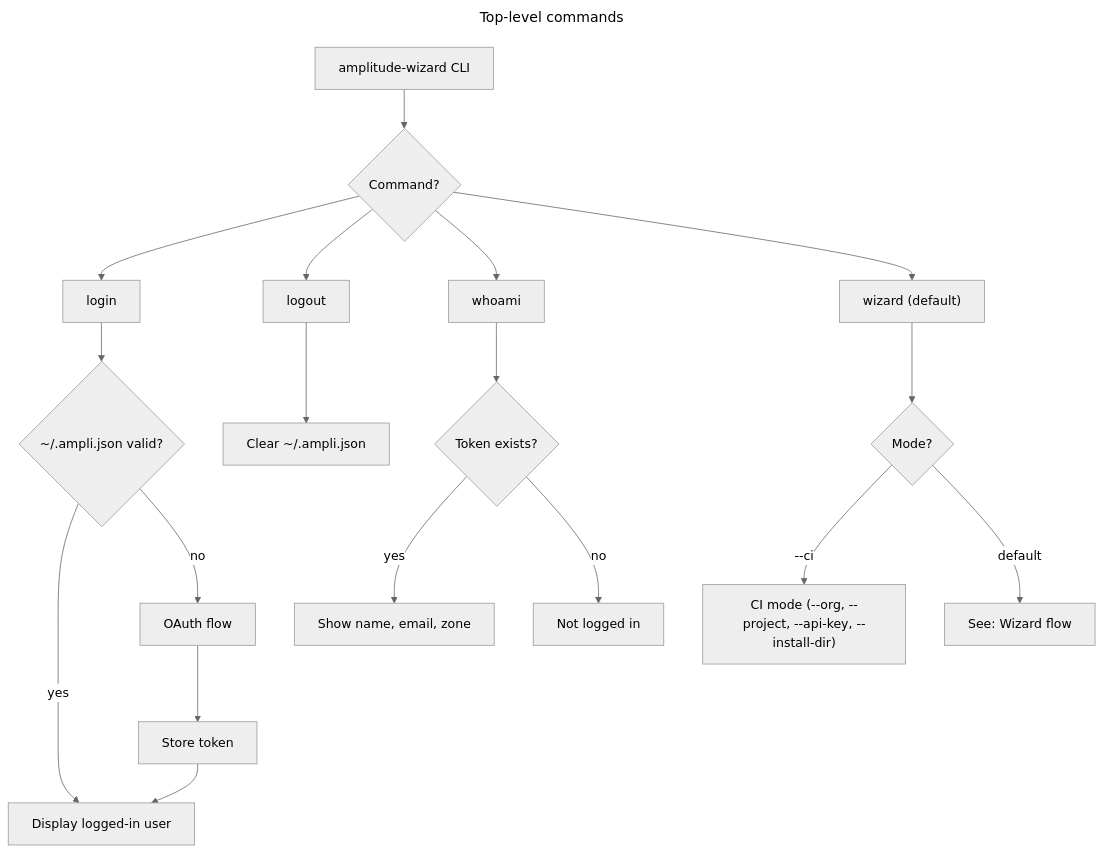
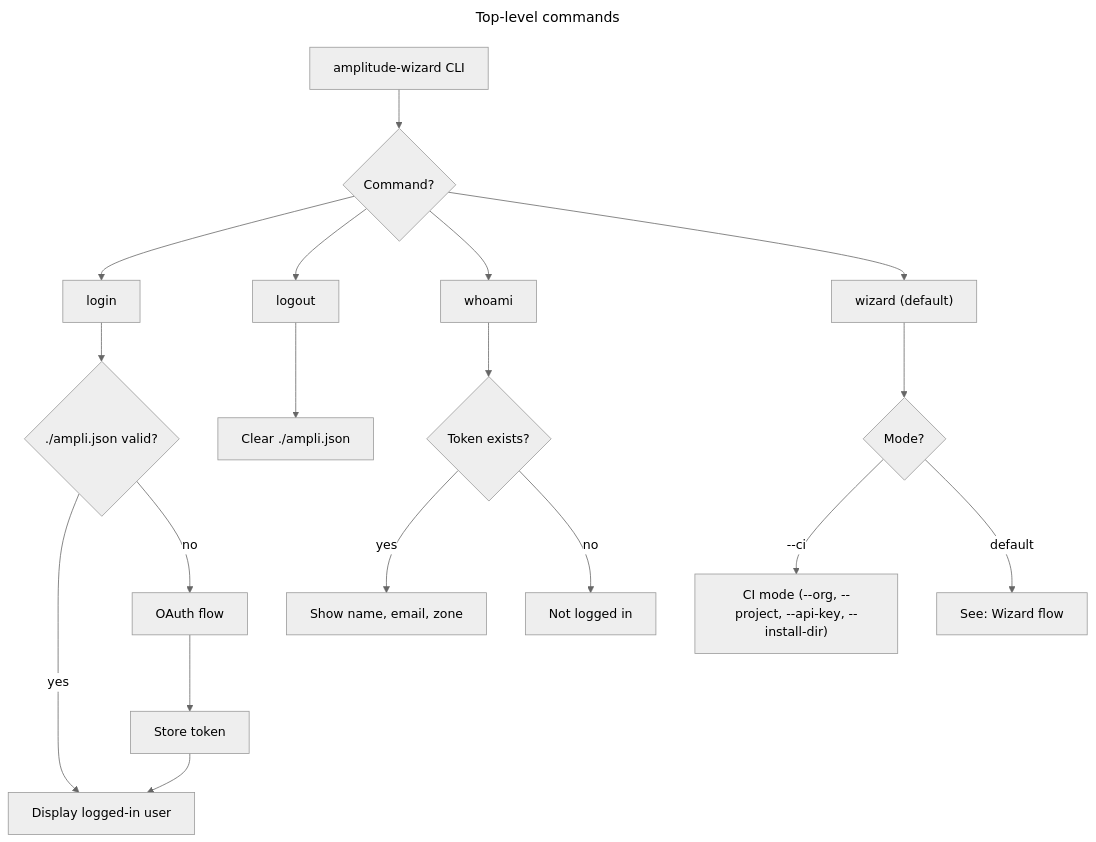
The first of 8 diagrams in docs/flows.md (amplitude/wizard), drawn with Mermaid (neutral theme) before and after one commit. The commit also changed other lines of this file and 14 other files, not shown here.

First line of the commit message:
Store credentials in project ./ampli.json, add OAuth logging, and test ampli-settings

````diff
--- a/docs/flows.md
+++ b/docs/flows.md
@@ -25,26 +27,26 @@
 ```mermaid
 ---
 title: Top-level commands
 ---
 flowchart TD
     CLI["amplitude-wizard CLI"] --> CMD{Command?}
 
     CMD --> LOGIN["login"]
     CMD --> LOGOUT["logout"]
     CMD --> WHOAMI["whoami"]
     CMD --> WIZARD["wizard (default)"]
 
-    LOGIN --> LOGIN_CHECK{~/.ampli.json valid?}
+    LOGIN --> LOGIN_CHECK{./ampli.json valid?}
     LOGIN_CHECK -->|yes| LOGIN_DONE["Display logged-in user"]
     LOGIN_CHECK -->|no| OAUTH["OAuth flow"] --> STORE["Store token"] --> LOGIN_DONE
 
-    LOGOUT --> CLEAR["Clear ~/.ampli.json"]
+    LOGOUT --> CLEAR["Clear ./ampli.json"]
 
     WHOAMI --> CHECK_TOKEN{Token exists?}
     CHECK_TOKEN -->|yes| SHOW_USER["Show name, email, zone"]
     CHECK_TOKEN -->|no| NOT_LOGGED_IN["Not logged in"]
 
     WIZARD --> MODE{Mode?}
     MODE -->|--ci| CI["CI mode (--org, --project, --api-key, --install-dir)"]
     MODE -->|default| W["See: Wizard flow"]
 ```
````
